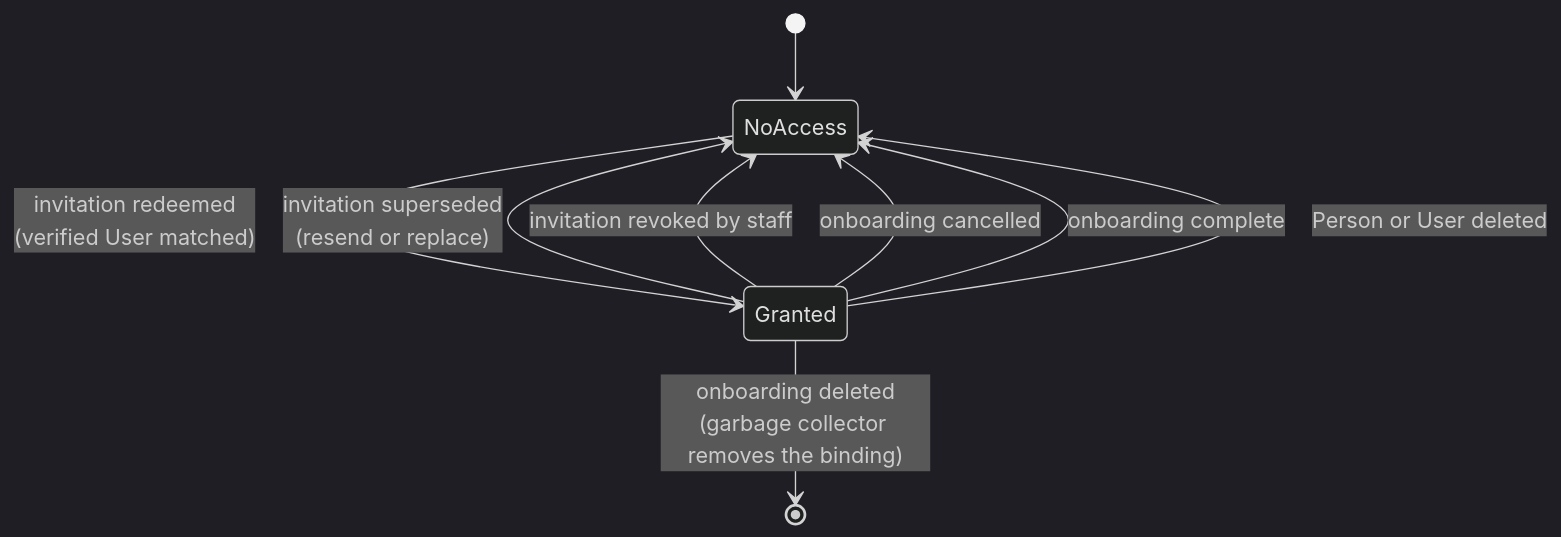
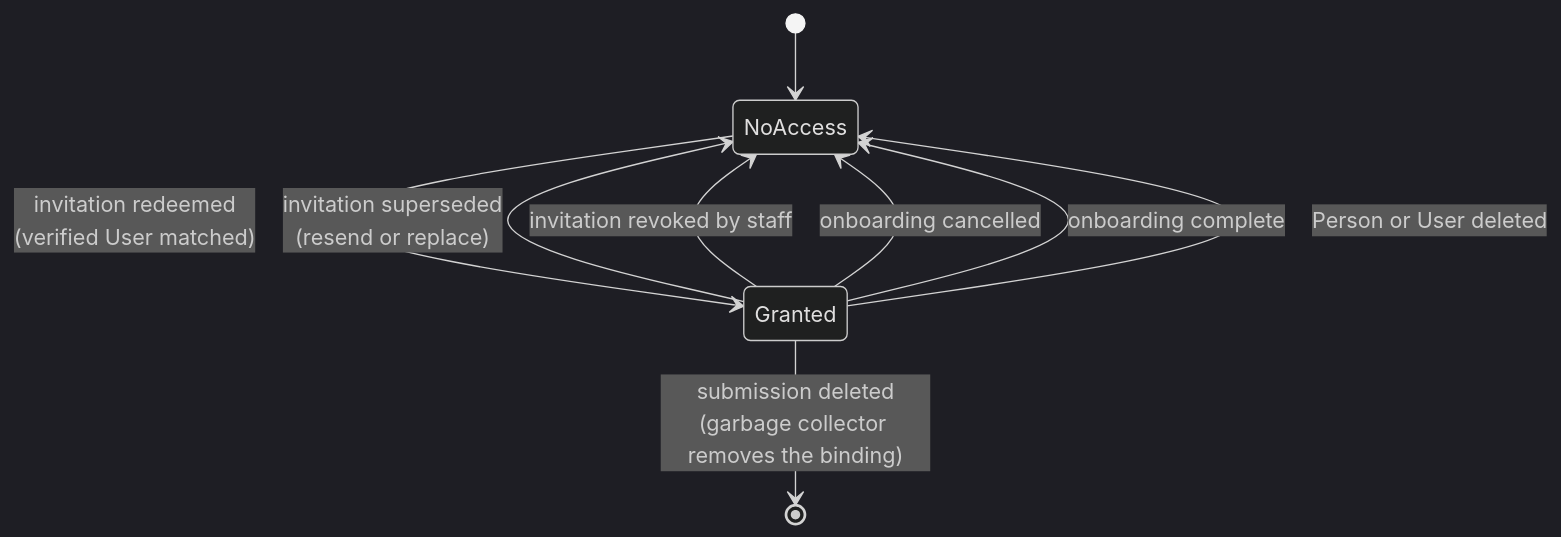
The second of 5 diagrams in docs/design/onboarding-actions.md (milo-os/crm), drawn with Mermaid (dark theme) before and after one commit. The commit also changed other lines of this file and 2 other files, not shown here.

First line of the commit message:
docs: give the customer their own OnboardingSubmission

````diff
--- a/docs/design/onboarding-actions.md
+++ b/docs/design/onboarding-actions.md
@@ -142,11 +175,11 @@
 ```mermaid
 stateDiagram-v2
     [*] --> NoAccess
     NoAccess --> Granted: invitation redeemed<br/>(verified User matched)
     Granted --> NoAccess: invitation superseded<br/>(resend or replace)
     Granted --> NoAccess: invitation revoked by staff
     Granted --> NoAccess: onboarding cancelled
     Granted --> NoAccess: onboarding complete
     Granted --> NoAccess: Person or User deleted
-    Granted --> [*]: onboarding deleted<br/>(garbage collector removes the binding)
+    Granted --> [*]: submission deleted<br/>(garbage collector removes the binding)
 ```
````
